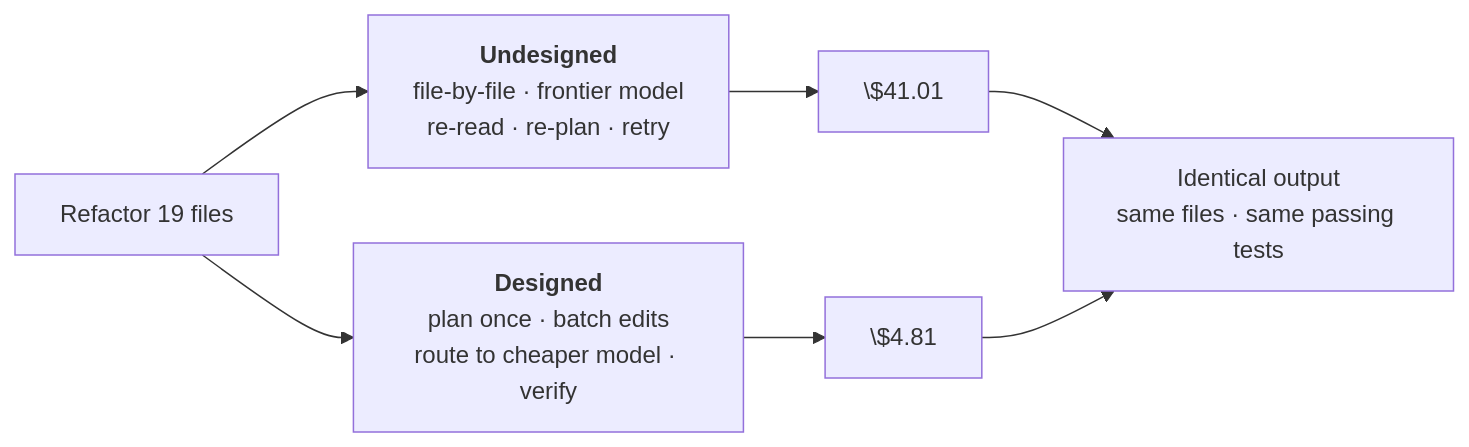
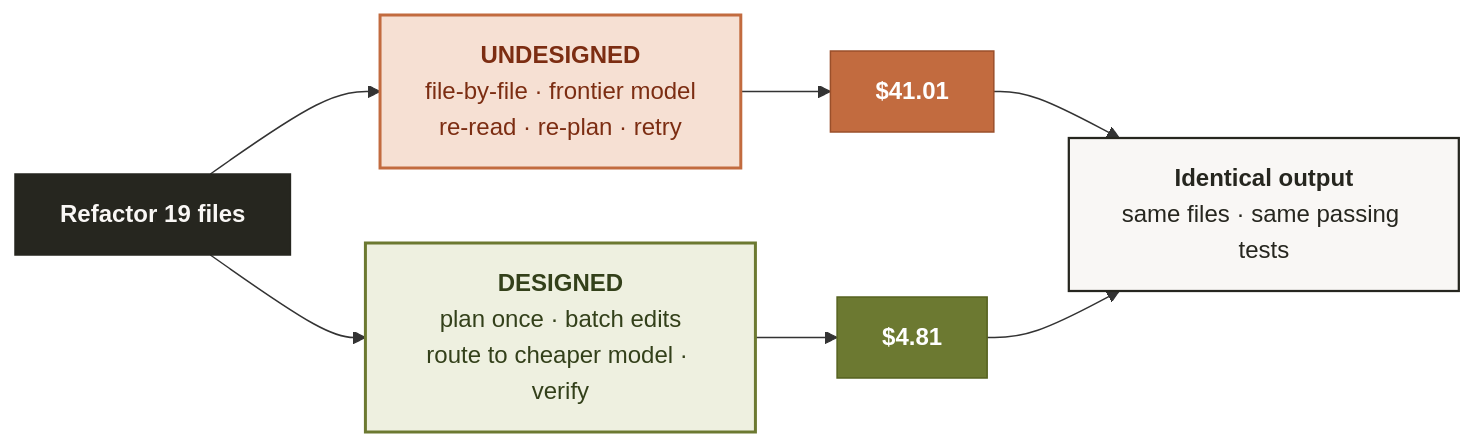
The first of 3 diagrams in handbook/ch07-the-agentic-sdlc-bill.qmd (danielmeppiel/agentic-sdlc-handbook), drawn with Mermaid before and after one commit. The commit also changed other lines of this file and 2 other files, not shown here.

````diff
--- a/handbook/ch07-the-agentic-sdlc-bill.qmd
+++ b/handbook/ch07-the-agentic-sdlc-bill.qmd
@@ -15,15 +15,21 @@
 ```{mermaid}
 %%| label: fig-bill-variance
 %%| fig-cap: "The same task, two ways. Identical input and identical output; the cost diverges by 8.5× depending only on how the work is organized. The bill is a property of the design, not the task."
 %%| fig-alt: "A left-to-right flowchart. A single start node, Refactor nineteen files, splits into two paths. The upper path, labelled Undesigned, reads: file-by-file on a frontier model, re-read, re-plan, retry, and arrives at a cost node of forty-one dollars and one cent. The lower path, labelled Designed, reads: plan once, batch the edits, route mechanical work to a cheaper model, verify deterministically, and arrives at a cost node of four dollars and eighty-one cents. Both cost nodes converge on a single end node, Identical output: same files, same passing tests."
-%%| fig-width: 6.0
-%%| fig-height: 3.0
+%%| fig-width: 6.5
+%%| fig-height: 3.4
 flowchart LR
-    T["Refactor 19 files"]
-    T --> A["<b>Undesigned</b><br/>file-by-file · frontier model<br/>re-read · re-plan · retry"]
-    T --> B["<b>Designed</b><br/>plan once · batch edits<br/>route to cheaper model · verify"]
-    A --> AC["\$41.01"]
-    B --> BC["\$4.81"]
-    AC --> O["Identical output<br/>same files · same passing tests"]
+    T["<b>Refactor 19 files</b>"]:::task
+    T --> A["<b>UNDESIGNED</b><br/>file-by-file · frontier model<br/>re-read · re-plan · retry"]:::waste
+    T --> B["<b>DESIGNED</b><br/>plan once · batch edits<br/>route to cheaper model · verify"]:::lean
+    A --> AC["<b>$41.01</b>"]:::wastecost
+    B --> BC["<b>$4.81</b>"]:::leancost
+    AC --> O["<b>Identical output</b><br/>same files · same passing tests"]:::out
     BC --> O
+    classDef task fill:#26261f,stroke:#26261f,color:#f9f7f5,font-weight:bold
+    classDef waste fill:#f6e0d3,stroke:#c26b3f,color:#7c2d12,stroke-width:2px
+    classDef lean fill:#eef0e0,stroke:#6c7931,color:#33401a,stroke-width:2px
+    classDef wastecost fill:#c26b3f,stroke:#9a4f2a,color:#ffffff,font-weight:bold
+    classDef leancost fill:#6c7931,stroke:#55611f,color:#ffffff,font-weight:bold
+    classDef out fill:#f9f7f5,stroke:#26261f,color:#26261f,stroke-width:1.5px
 ```
````
